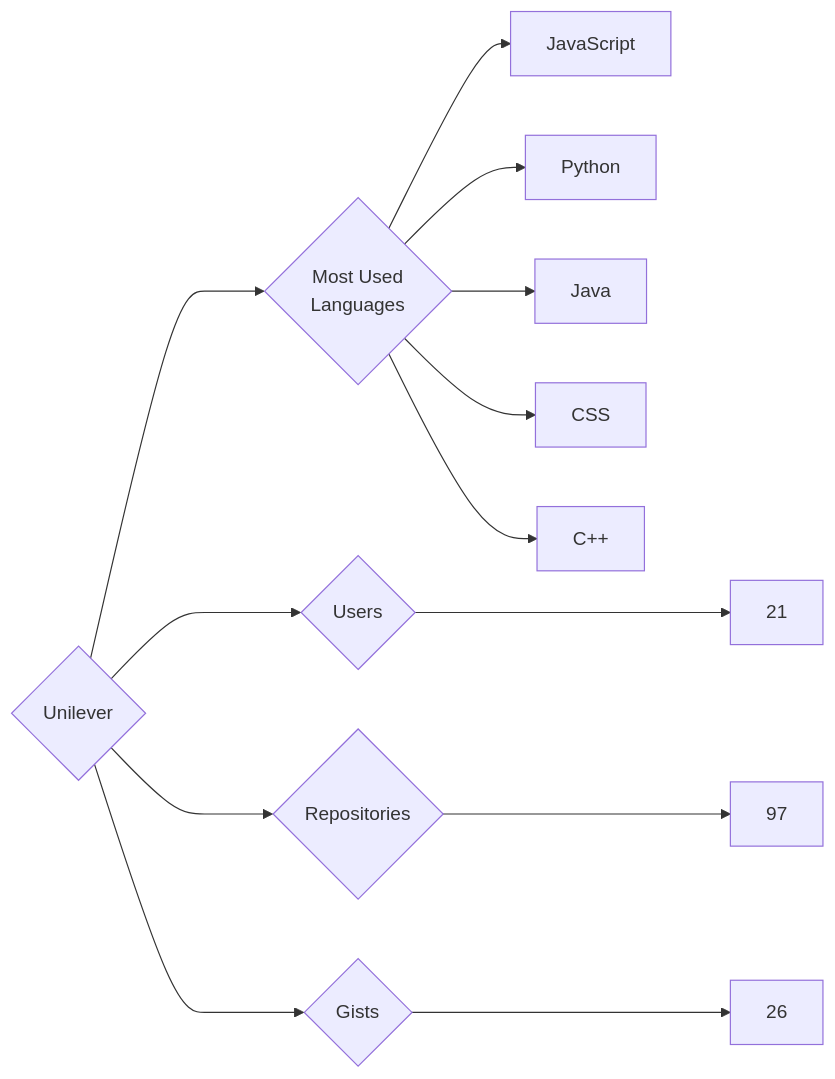
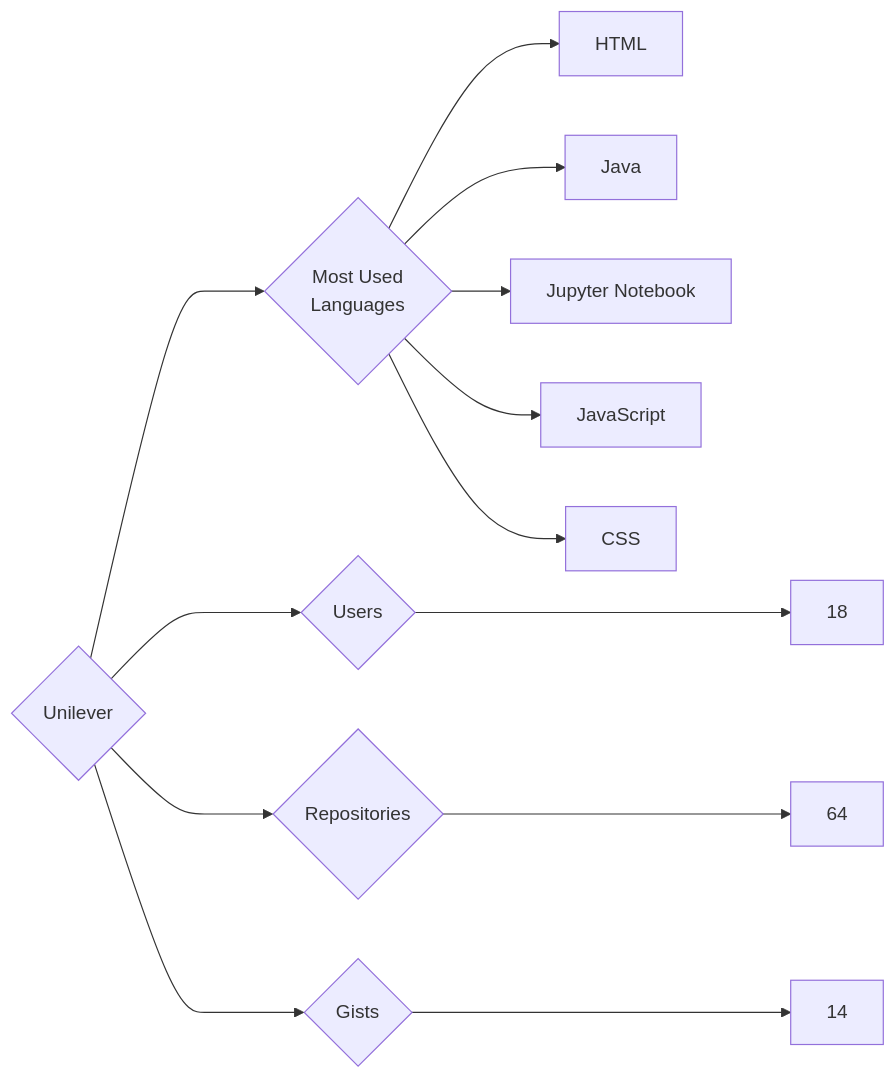
One commit to trickest/insiders changed the diagram in targets/Unilever/README.md. Above: the diagram before and after it, drawn with Mermaid. The commit also changed 765 other files, not shown here.

````diff
--- a/targets/Unilever/README.md
+++ b/targets/Unilever/README.md
@@ -3,13 +3,13 @@
 ```mermaid
 graph LR
 COMPANY_NAME{Unilever}
-COMPANY_NAME ---> U{Users} ---> UN[21]
-COMPANY_NAME ---> R{Repositories} ---> RN[97]
-COMPANY_NAME ---> G{Gists} ---> GN[26]
+COMPANY_NAME ---> U{Users} ---> UN[18]
+COMPANY_NAME ---> R{Repositories} ---> RN[64]
+COMPANY_NAME ---> G{Gists} ---> GN[14]
 COMPANY_NAME ---> ML{Most Used<br>Languages}
+ML --> HTML[HTML]
+ML --> Java[Java]
+ML --> Jupyter_Notebook[Jupyter Notebook]
 ML --> JavaScript[JavaScript]
-ML --> Python[Python]
-ML --> Java[Java]
 ML --> CSS[CSS]
-ML --> C++[C++]
 ```
````
